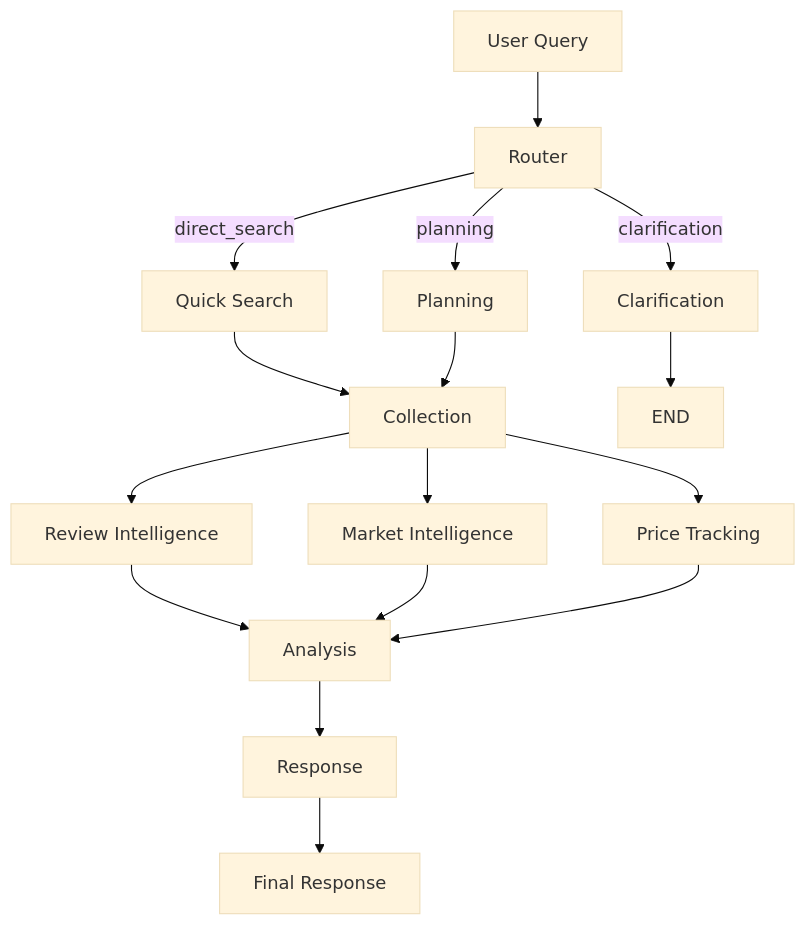
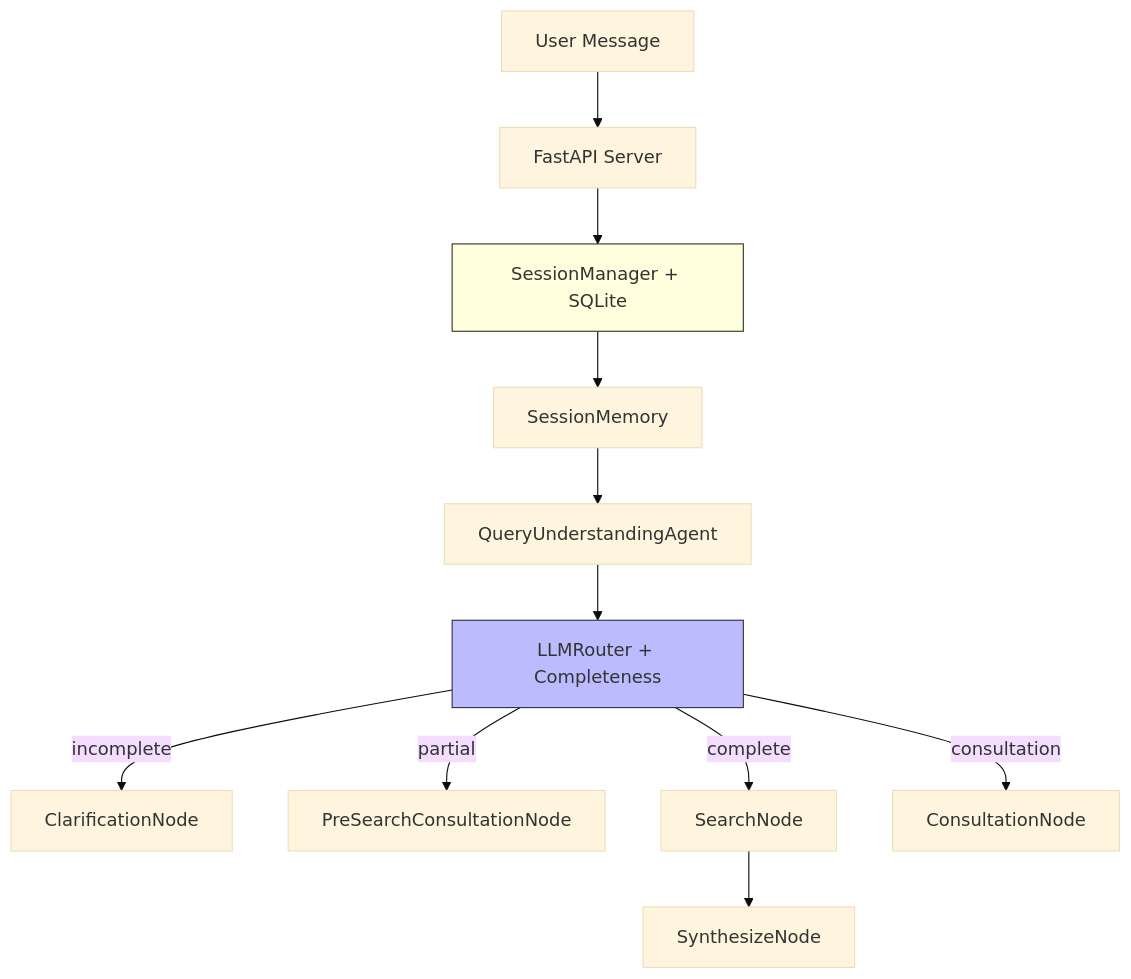
Before and after one commit to xt2201/Ecommerce-Insights-AI: the diagram in README.md, drawn with Mermaid (base theme). The commit also changed other lines of this file and 125 other files, not shown here.

````diff
--- a/README.md
+++ b/README.md
@@ -51,18 +83,19 @@
 ```mermaid
 graph TD
-    User[User Query] --> Router
-    Router -->|direct_search| QuickSearch[Quick Search]
-    Router -->|planning| Planning
-    Router -->|clarification| Clarification
-    QuickSearch --> Collection
-    Planning --> Collection
-    Clarification --> END1[END]
-    Collection --> Review[Review Intelligence]
-    Collection --> Market[Market Intelligence]
-    Collection --> Price[Price Tracking]
-    Review --> Analysis
-    Market --> Analysis
-    Price --> Analysis
-    Analysis --> Response
-    Response --> END2[Final Response]
+    User[User Message] --> API[FastAPI Server]
+    API --> SM[SessionManager + SQLite]
+    SM --> Memory[SessionMemory]
+    Memory --> Understand[QueryUnderstandingAgent]
+    
+    Understand --> Router[LLMRouter + Completeness]
+    
+    Router -->|incomplete| Clarify[ClarificationNode]
+    Router -->|partial| PreConsult[PreSearchConsultationNode]
+    Router -->|complete| Search[SearchNode]
+    Router -->|consultation| Consult[ConsultationNode]
+    
+    Search --> Synthesize[SynthesizeNode]
+    
+    style SM fill:#ffd,stroke:#333
+    style Router fill:#bbf,stroke:#333
 ```
````
